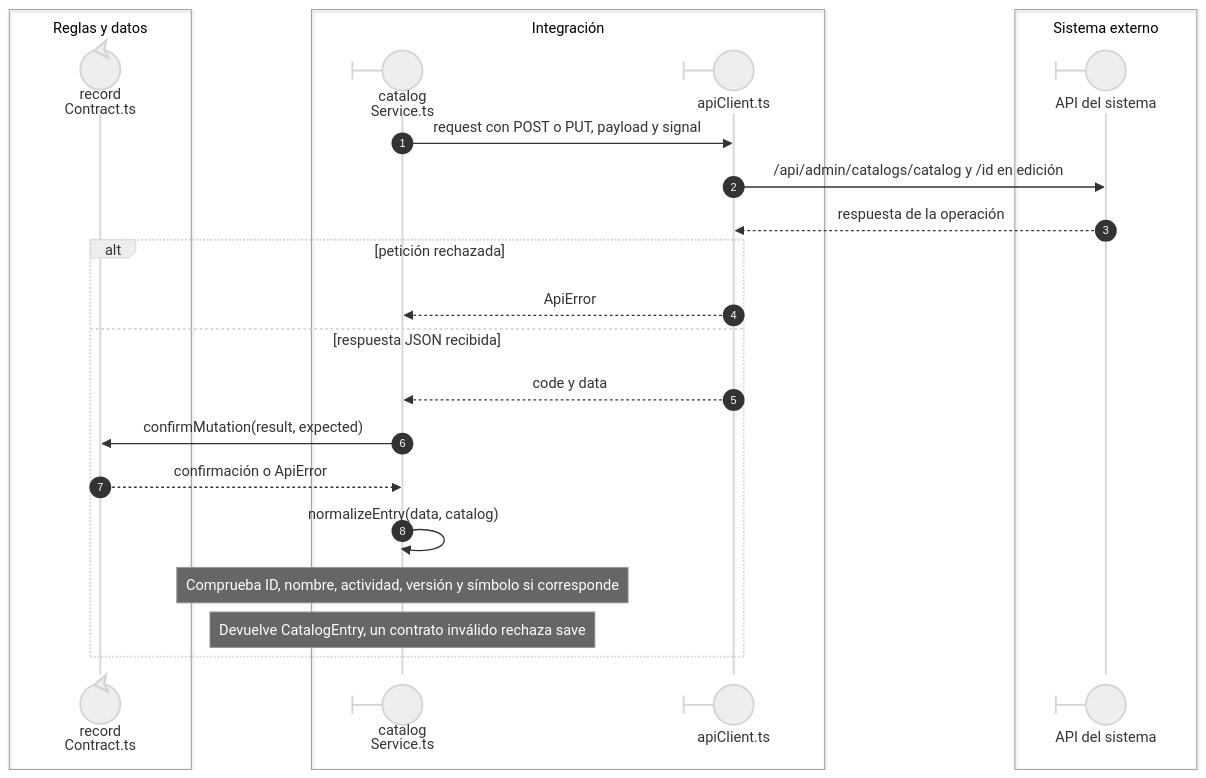
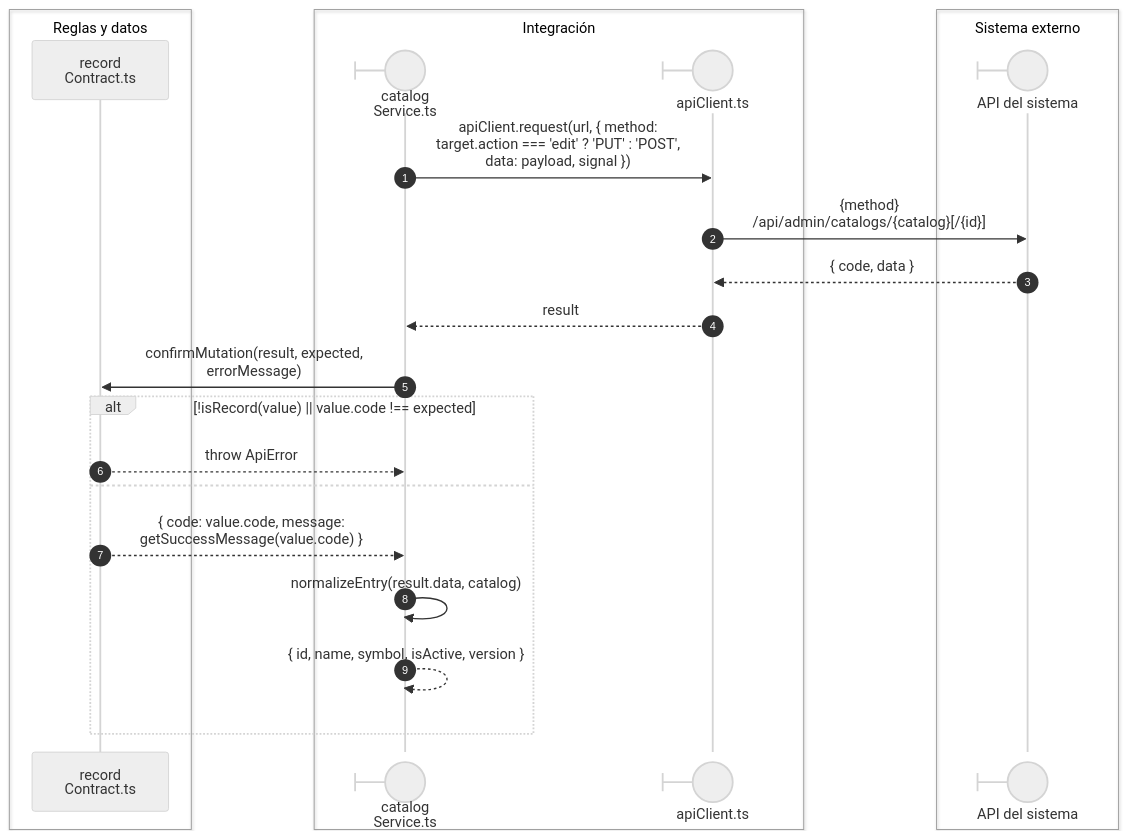
One commit to gpgsistemas01/nexus changed the second of 2 diagrams in front/docs/architecture/views/processes/03-catalogs-and-directory/01-catalog-record-save.md. Above: the diagram before and after it, drawn with Mermaid (neutral theme). The commit also changed other lines of this file and 43 other files, not shown here.

````diff
--- a/front/docs/architecture/views/processes/03-catalogs-and-directory/01-catalog-record-save.md
+++ b/front/docs/architecture/views/processes/03-catalogs-and-directory/01-catalog-record-save.md
@@ -71,27 +50,26 @@
 ```mermaid
 sequenceDiagram
     autonumber
     box Reglas y datos
-    participant Contract@{ "type": "control" } as record<br/>Contract.ts
+    participant Contract as record<br/>Contract.ts
     end
     box Integración
     participant Service@{ "type": "boundary" } as catalog<br/>Service.ts
     participant HTTP@{ "type": "boundary" } as apiClient.ts
     end
     box Sistema externo
     participant API@{ "type": "boundary" } as API del sistema
     end
-    Service->>HTTP: request con POST o PUT, payload y signal
-    HTTP->>API: /api/admin/catalogs/catalog y /id en edición
-    API-->>HTTP: respuesta de la operación
-    alt petición rechazada
-        HTTP-->>Service: ApiError
-    else respuesta JSON recibida
-        HTTP-->>Service: code y data
-        Service->>Contract: confirmMutation(result, expected)
-        Contract-->>Service: confirmación o ApiError
-        Service->>Service: normalizeEntry(data, catalog)
-        Note over Service: Comprueba ID, nombre, actividad, versión y símbolo si corresponde
-        Note over Service: Devuelve CatalogEntry, un contrato inválido rechaza save
+    Service->>HTTP: nowrap: apiClient.request(url, { method:<br/>target.action === 'edit' ? 'PUT' : 'POST',<br/>data: payload, signal })
+    HTTP->>API: nowrap: {method}<br/>/api/admin/catalogs/{catalog}[/{id}]
+    API-->>HTTP: nowrap: { code, data }
+    HTTP-->>Service: nowrap: result
+    Service->>Contract: nowrap: confirmMutation(result, expected,<br/>errorMessage)
+    alt nowrap: !isRecord(value) || value.code !== expected
+        Contract-->>Service: nowrap: throw ApiError
+    else
+        Contract-->>Service: nowrap: { code: value.code, message:<br/>getSuccessMessage(value.code) }
+        Service->>Service: nowrap: normalizeEntry(result.data, catalog)
+        Service-->>Service: nowrap: { id, name, symbol, isActive, version }
     end
 ```
````
